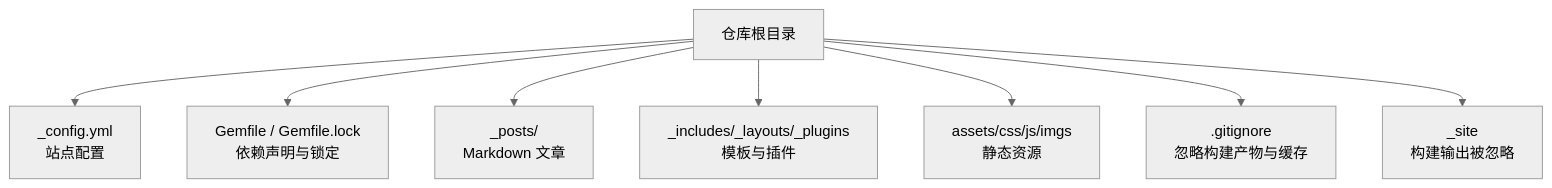
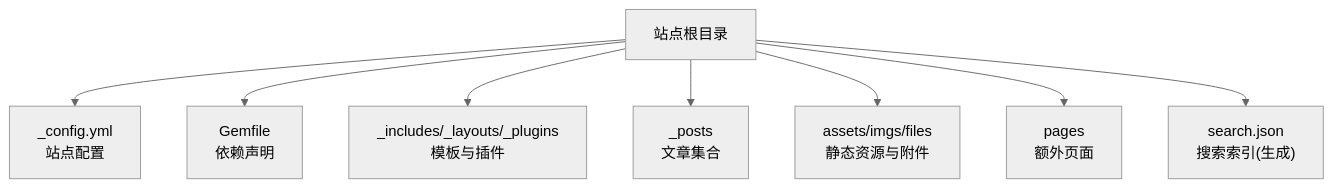
The first of 3 diagrams in .qoder/repowiki/zh/content/快速开始.md (LZC6244/lzc6244.github.io), drawn with Mermaid (neutral theme) before and after one commit. The commit also changed other lines of this file and 104 other files, not shown here.

````diff
--- a/.qoder/repowiki/zh/content/快速开始.md
+++ b/.qoder/repowiki/zh/content/快速开始.md
@@ -37,10 +35,10 @@
 ```mermaid
 graph TB
-A["仓库根目录"] --> B["_config.yml<br/>站点配置"]
-A --> C["Gemfile / Gemfile.lock<br/>依赖声明与锁定"]
-A --> D["_posts/<br/>Markdown 文章"]
-A --> E["_includes/_layouts/_plugins<br/>模板与插件"]
-A --> F["assets/css/js/imgs<br/>静态资源"]
-A --> G[".gitignore<br/>忽略构建产物与缓存"]
-A --> H["_site<br/>构建输出被忽略"]
+A["站点根目录"] --> B["_config.yml<br/>站点配置"]
+A --> C["Gemfile<br/>依赖声明"]
+A --> D["_includes/_layouts/_plugins<br/>模板与插件"]
+A --> E["_posts<br/>文章集合"]
+A --> F["assets/imgs/files<br/>静态资源与附件"]
+A --> G["pages<br/>额外页面"]
+A --> H["search.json<br/>搜索索引(生成)"]
 ```
````
